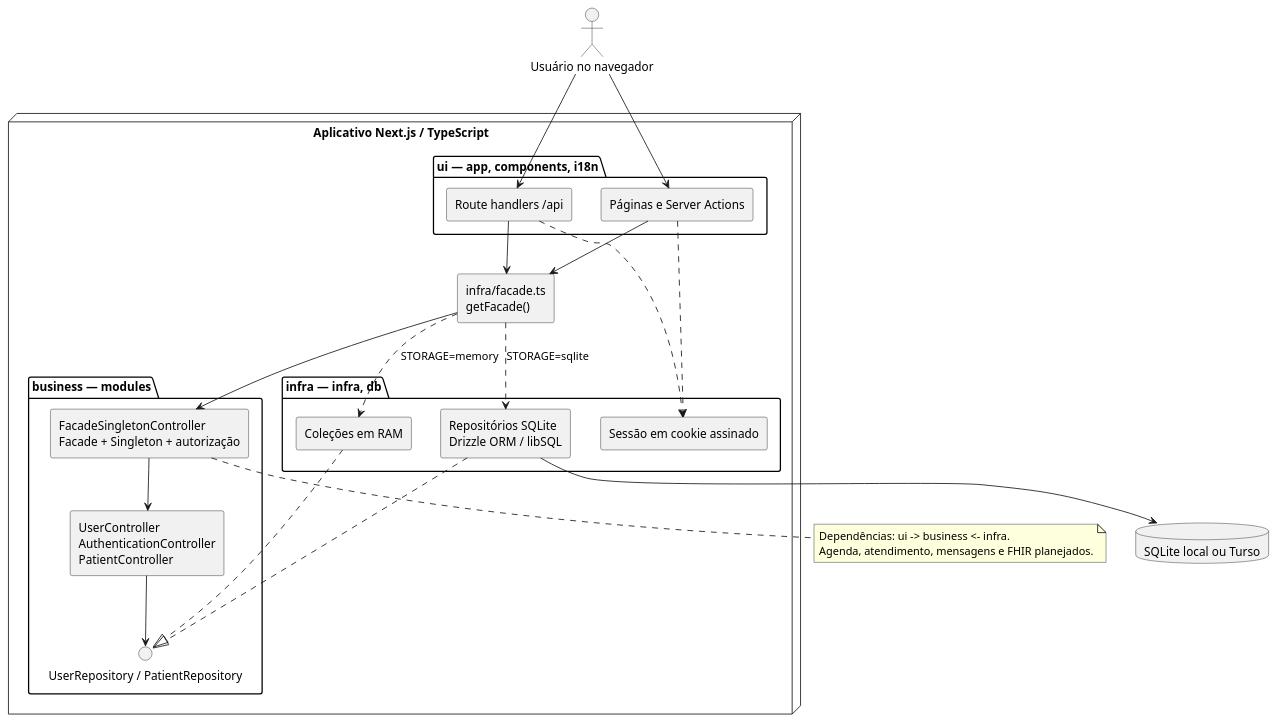
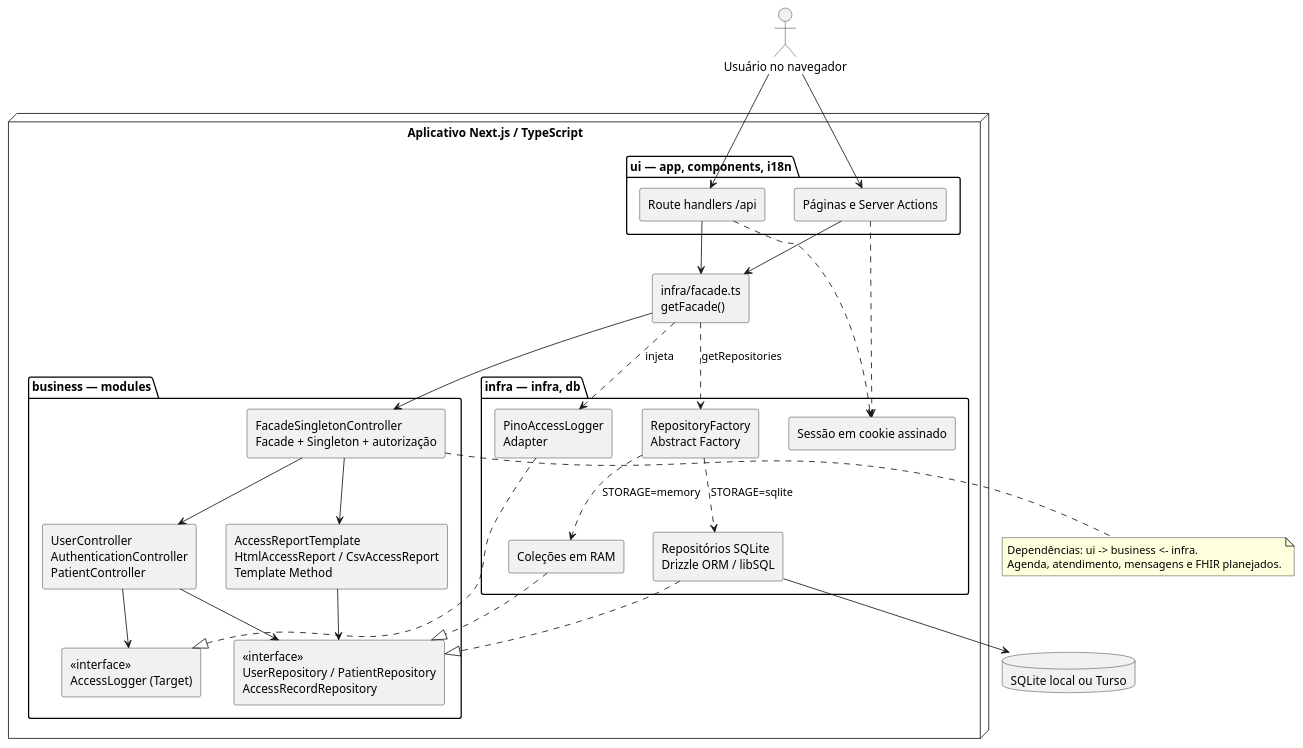
The diagram in docs/relatorio/codigos/diagrama-arquitetura.puml (beatrizmontenegro07/projeto-metodos), drawn with PlantUML before and after one commit. The commit also changed 10 other files, not shown here.

```diff
--- a/docs/relatorio/codigos/diagrama-arquitetura.puml
+++ b/docs/relatorio/codigos/diagrama-arquitetura.puml
@@ -1,41 +1,51 @@
 @startuml diagrama-arquitetura
 skinparam componentStyle rectangle
 skinparam shadowing false
 actor "Usuário no navegador" as Browser
 node "Aplicativo Next.js / TypeScript" {
   package "ui — app, components, i18n" {
     component "Páginas e Server Actions" as Pages
     component "Route handlers /api" as API
   }
   component "infra/facade.ts\ngetFacade()" as Assembly
   package "business — modules" {
     component "FacadeSingletonController\nFacade + Singleton + autorização" as Facade
     component "UserController\nAuthenticationController\nPatientController" as Controllers
-    interface "UserRepository / PatientRepository" as Ports
+    component "AccessReportTemplate\nHtmlAccessReport / CsvAccessReport\nTemplate Method" as Reports
+    component "<<interface>>\nUserRepository / PatientRepository\nAccessRecordRepository" as Ports
+    component "<<interface>>\nAccessLogger (Target)" as LoggerPort
   }
   package "infra — infra, db" {
     component "Sessão em cookie assinado" as Session
+    component "RepositoryFactory\nAbstract Factory" as Factory
+    component "PinoAccessLogger\nAdapter" as Pino
     component "Coleções em RAM" as RAM
     component "Repositórios SQLite\nDrizzle ORM / libSQL" as SQL
   }
 }
 database "SQLite local ou Turso" as DB
 Browser --> Pages
 Browser --> API
 Pages --> Assembly
 API --> Assembly
 Pages ..> Session
 API ..> Session
 Assembly --> Facade
-Assembly ..> RAM : STORAGE=memory
-Assembly ..> SQL : STORAGE=sqlite
+Assembly ..> Factory : getRepositories
+Factory ..> RAM : STORAGE=memory
+Factory ..> SQL : STORAGE=sqlite
+Assembly ..> Pino : injeta
+Facade --> Reports
+Reports --> Ports
+Controllers --> LoggerPort
+Pino ..|> LoggerPort
 Facade --> Controllers
 Controllers --> Ports
 RAM ..|> Ports
 SQL ..|> Ports
 SQL --> DB
 note bottom of Facade
 Dependências: ui -> business <- infra.
 Agenda, atendimento, mensagens e FHIR planejados.
 end note
 @enduml
```
